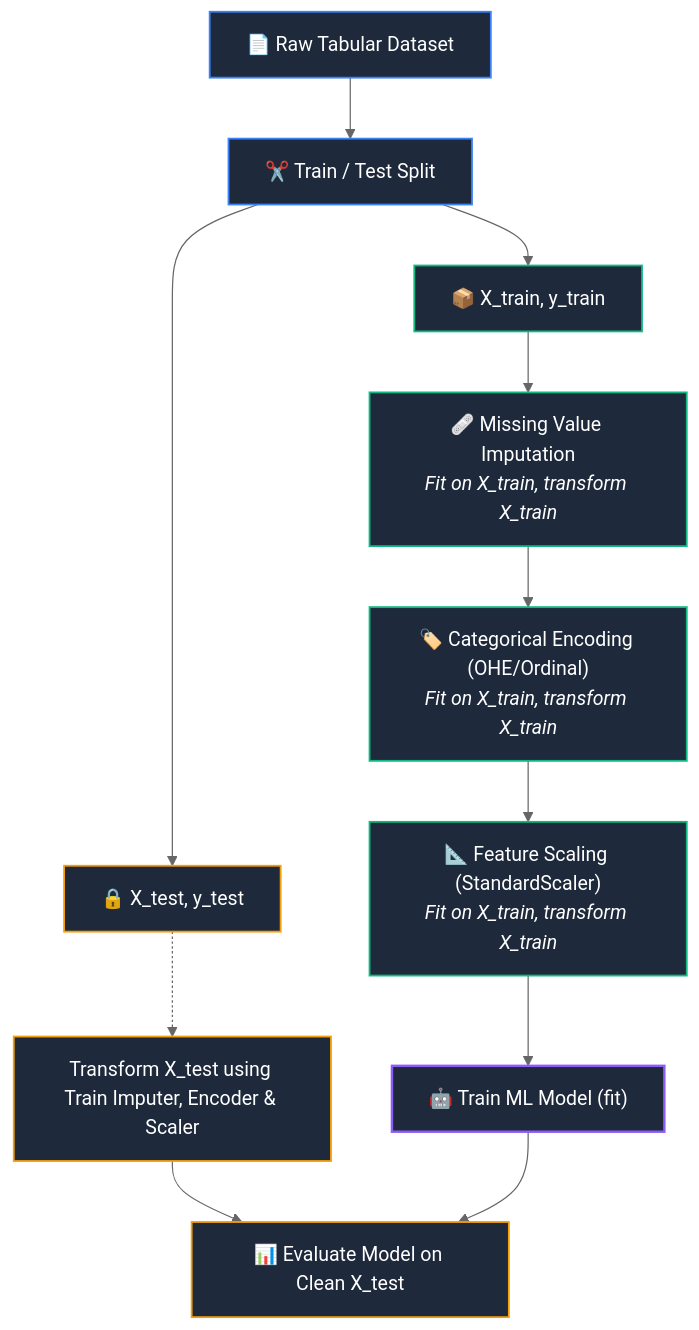
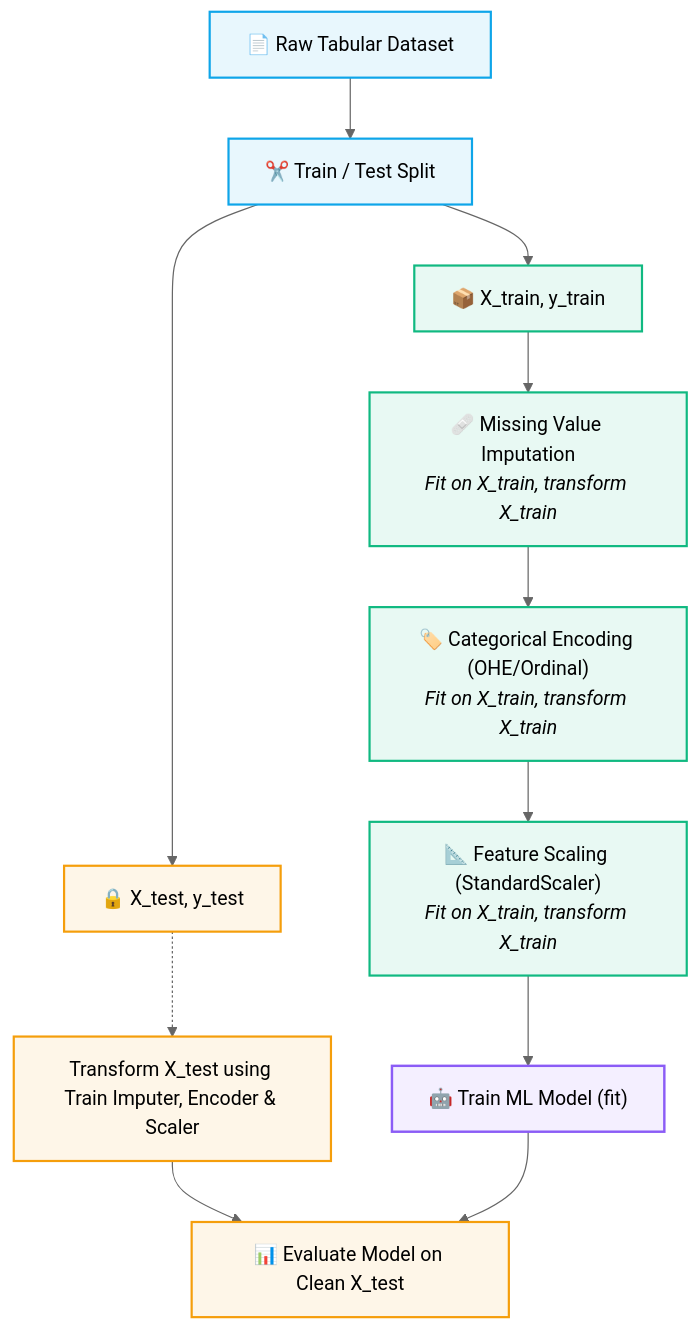
The diagram in AI & ML/Data Preprocessing/README.md (abhinavbharti2345/CS_Notes), drawn with Mermaid (neutral theme) before and after one commit. The commit also changed 47 other files, not shown here.

Commit message:
docs: add computer science study notes and generate graphify visualization output

````diff
--- a/AI & ML/Data Preprocessing/README.md
+++ b/AI & ML/Data Preprocessing/README.md
@@ -48,26 +48,26 @@
 ```mermaid
 flowchart TD
     Raw["📄 Raw Tabular Dataset"] --> Split["✂️ Train / Test Split"]
     
     Split --> Train["📦 X_train, y_train"]
     Split --> Test["🔒 X_test, y_test"]
     
     Train --> Impute["🩹 Missing Value Imputation<br/><i>Fit on X_train, transform X_train</i>"]
     Impute --> CatEnc["🏷️ Categorical Encoding (OHE/Ordinal)<br/><i>Fit on X_train, transform X_train</i>"]
     CatEnc --> Scale["📐 Feature Scaling (StandardScaler)<br/><i>Fit on X_train, transform X_train</i>"]
     
     Scale --> Model["🤖 Train ML Model (fit)"]
     
     Test -.-> TestTrans["Transform X_test using Train Imputer, Encoder & Scaler"]
     TestTrans --> Eval["📊 Evaluate Model on Clean X_test"]
     Model --> Eval
 
-    classDef step fill:#1e293b,stroke:#3b82f6,stroke-width:1.5px,color:#fff;
-    classDef train fill:#1e293b,stroke:#10b981,stroke-width:1.5px,color:#fff;
-    classDef test fill:#1e293b,stroke:#f59e0b,stroke-width:1.5px,color:#fff;
-    classDef model fill:#1e293b,stroke:#8b5cf6,stroke-width:2px,color:#fff;
+    classDef step fill:#0ea5e918,stroke:#0ea5e9,stroke-width:1.8px;
+    classDef train fill:#10b98118,stroke:#10b981,stroke-width:1.8px;
+    classDef test fill:#f59e0b18,stroke:#f59e0b,stroke-width:1.8px;
+    classDef model fill:#8b5cf618,stroke:#8b5cf6,stroke-width:2px;
     class Raw,Split step;
     class Train,Impute,CatEnc,Scale train;
     class Test,TestTrans,Eval test;
     class Model model;
 ```
````
